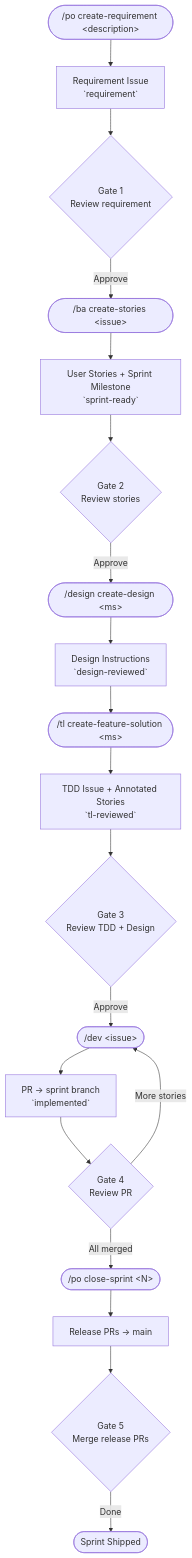
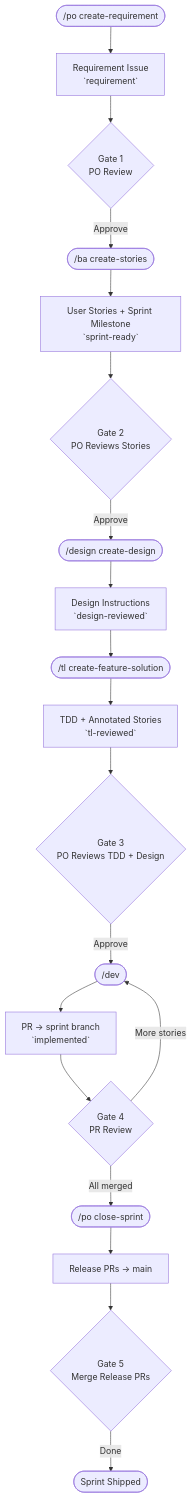
Before and after one commit to simpscal/notism: the first of 4 diagrams in README.md, drawn with Mermaid. The commit also changed other lines of this file, not shown here.

````diff
--- a/README.md
+++ b/README.md
@@ -21,21 +38,21 @@
 ```mermaid
 flowchart TD
-    A(["/po create-requirement &lt;description&gt;"]) --> B["Requirement Issue<br/>`requirement`"]
-    B --> G1{Gate 1<br/>Review requirement}
-    G1 -->|Approve| C(["/ba create-stories &lt;issue&gt;"])
+    A(["/po create-requirement <description>"]) --> B["Requirement Issue<br/>`requirement`"]
+    B --> G1{Gate 1<br/>PO Review}
+    G1 -->|Approve| C(["/ba create-stories <issue>"])
     C --> D["User Stories + Sprint Milestone<br/>`sprint-ready`"]
-    D --> G2{Gate 2<br/>Review stories}
-    G2 -->|Approve| E1(["/design create-design &lt;ms&gt;"])
+    D --> G2{Gate 2<br/>PO Reviews Stories}
+    G2 -->|Approve| E1(["/design create-design <ms>"])
     E1 --> F1["Design Instructions<br/>`design-reviewed`"]
-    F1 --> E2(["/tl create-feature-solution &lt;ms&gt;"])
-    E2 --> F2["TDD Issue + Annotated Stories<br/>`tl-reviewed`"]
-    F2 --> G3{Gate 3<br/>Review TDD + Design}
-    G3 -->|Approve| H(["/dev &lt;issue&gt;"])
+    F1 --> E2(["/tl create-feature-solution <ms>"])
+    E2 --> F2["TDD + Annotated Stories<br/>`tl-reviewed`"]
+    F2 --> G3{Gate 3<br/>PO Reviews TDD + Design}
+    G3 -->|Approve| H(["/dev <issue>"])
     H --> I["PR → sprint branch<br/>`implemented`"]
-    I --> G4{Gate 4<br/>Review PR}
+    I --> G4{Gate 4<br/>PR Review}
     G4 -->|More stories| H
-    G4 -->|All merged| J(["/po close-sprint &lt;N&gt;"])
+    G4 -->|All merged| J(["/po close-sprint <N>"])
     J --> K["Release PRs → main"]
-    K --> G5{Gate 5<br/>Merge release PRs}
+    K --> G5{Gate 5<br/>Merge Release PRs}
     G5 -->|Done| L([Sprint Shipped])
 ```
````
